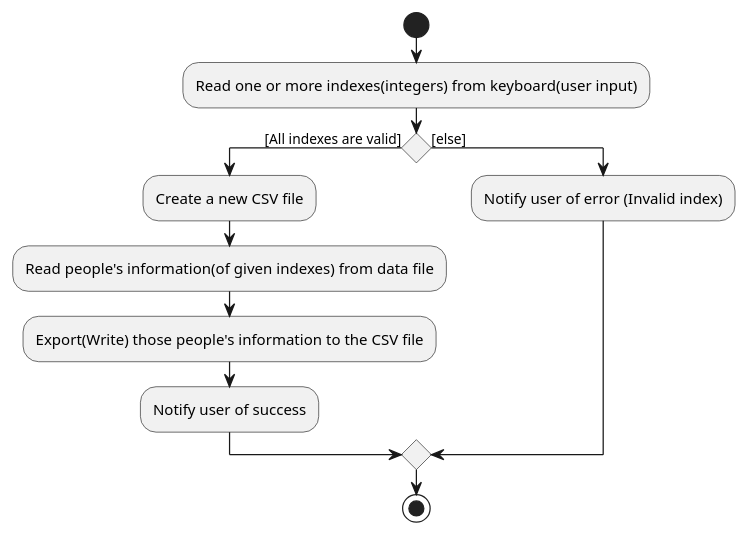
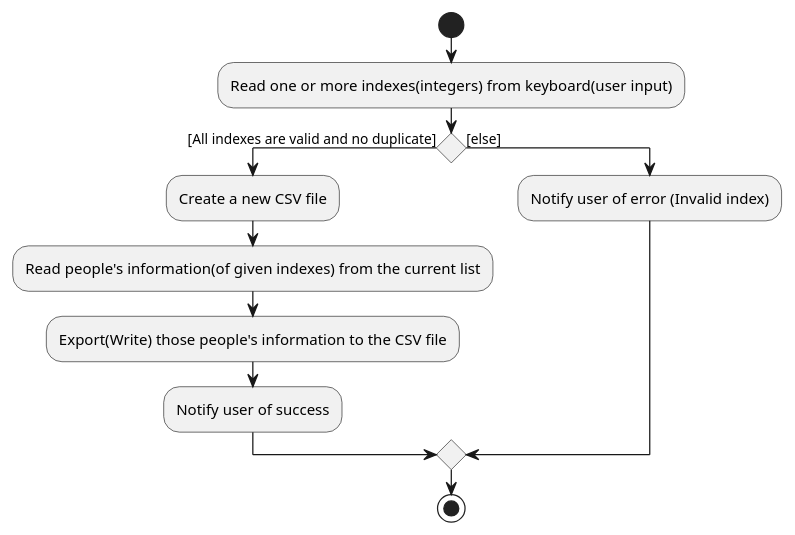
Before and after one commit to meenulekha/tp: the diagram in docs/diagrams/LinkCommandActivityDiagram.puml, drawn with PlantUML. The commit also changed 2 other files, not shown here.

```diff
--- a/docs/diagrams/LinkCommandActivityDiagram.puml
+++ b/docs/diagrams/LinkCommandActivityDiagram.puml
@@ -1,16 +1,16 @@
 @startuml
 start
 
 :Read one or more indexes(integers) from keyboard(user input);
 
-if () then ([All indexes are valid])
+if () then ([All indexes are valid and no duplicate])
   :Create a new CSV file;
-  :Read people's information(of given indexes) from data file;
+  :Read people's information(of given indexes) from the current list;
   :Export(Write) those people's information to the CSV file;
   :Notify user of success;
 else ([else])
   :Notify user of error (Invalid index);
 endif
 
 stop
 @enduml
```
